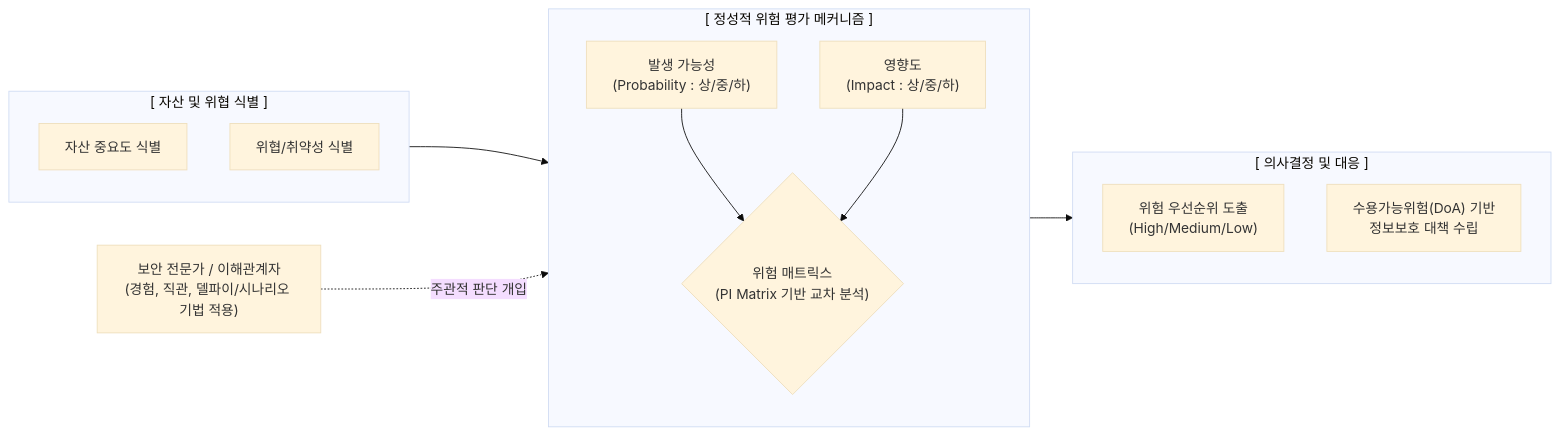
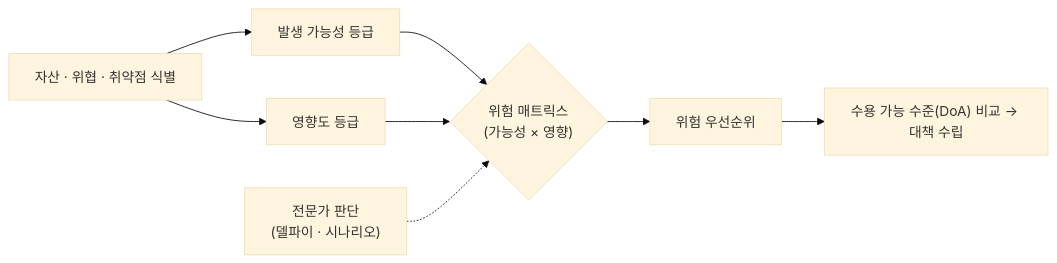
One commit to supremethumb/supremethumb.github.io changed the diagram in content/01_IT Tech/정성적 위험 분석.md. Above: the diagram before and after it, drawn with Mermaid (base theme). The commit also changed other lines of this file and 1087 other files, not shown here.

````diff
--- a/content/01_IT Tech/정성적 위험 분석.md
+++ b/content/01_IT Tech/정성적 위험 분석.md
@@ -23,30 +34,10 @@
 ```mermaid
 flowchart LR
-    subgraph Input ["[ 자산 및 위협 식별 ]"]
-        direction TB
-        Asset["자산 중요도 식별"]
-        Threat["위협/취약성 식별"]
-    end
-
-    subgraph Assessment ["[ 정성적 위험 평가 메커니즘 ]"]
-        direction TB
-        Prob["발생 가능성<br/>(Probability : 상/중/하)"]
-        Impact["영향도<br/>(Impact : 상/중/하)"]
-        Matrix{"위험 매트릭스<br/>(PI Matrix 기반 교차 분석)"}
-        
-        Prob --> Matrix
-        Impact --> Matrix
-    end
-
-    subgraph Output ["[ 의사결정 및 대응 ]"]
-        direction TB
-        Prior["위험 우선순위 도출<br/>(High/Medium/Low)"]
-        DoA["수용가능위험(DoA) 기반<br/>정보보호 대책 수립"]
-    end
-
-    Input --> Assessment
-    Assessment --> Output
-    
-    Expert["보안 전문가 / 이해관계자<br/>(경험, 직관, 델파이/시나리오 기법 적용)"] -. "주관적 판단 개입" .-> Assessment
-
+    A["자산 · 위협 · 취약점 식별"] --> P["발생 가능성 등급"]
+    A --> I["영향도 등급"]
+    P --> M{"위험 매트릭스<br/>(가능성 × 영향)"}
+    I --> M
+    EX["전문가 판단<br/>(델파이 · 시나리오)"] -.-> M
+    M --> R["위험 우선순위"]
+    R --> T["수용 가능 수준(DoA) 비교 → 대책 수립"]
 ```
````
